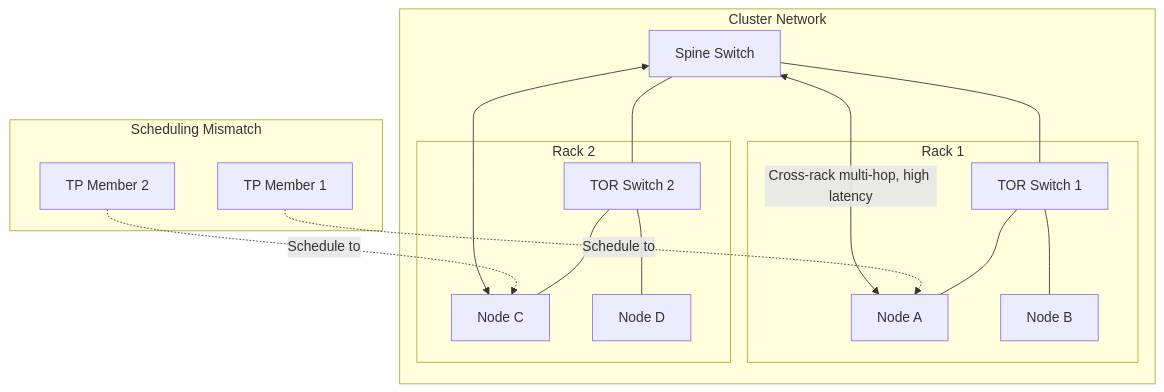
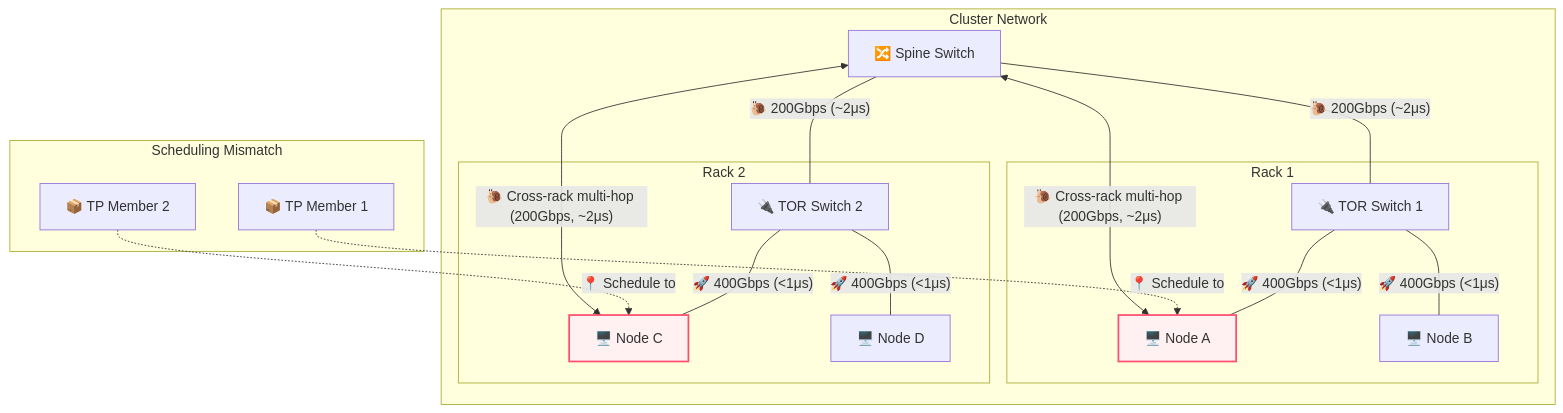
One commit to Random-Liu/llm-inference-principle-to-production changed the fifth of 5 diagrams in parts/part5_k8s.md. Above: the diagram before and after it, drawn with Mermaid. The commit also changed other lines of this file and 1 other file, not shown here.

First line of the commit message:
feat(part5): refine diagrams, network topology, and references in Part 5

````diff
--- a/parts/part5_k8s.md
+++ b/parts/part5_k8s.md
@@ -370,24 +371,27 @@
 ```mermaid
-graph TD
+    graph TD
     subgraph Network ["Cluster Network"]
-        Spine["Spine Switch"]
-        Spine --- TOR1["TOR Switch 1"]
-        Spine --- TOR2["TOR Switch 2"]
+        Spine["🔀 Spine Switch"]
+        Spine ---|"🐌 200Gbps (~2μs)"| TOR1["🔌 TOR Switch 1"]
+        Spine ---|"🐌 200Gbps (~2μs)"| TOR2["🔌 TOR Switch 2"]
         
         subgraph Rack1 ["Rack 1"]
-            TOR1 --- NodeA["Node A"]
-            TOR1 --- NodeB["Node B"]
+            TOR1 ---|"🚀 400Gbps (<1μs)"| NodeA["🖥️ Node A"]
+            TOR1 ---|"🚀 400Gbps (<1μs)"| NodeB["🖥️ Node B"]
         end
         subgraph Rack2 ["Rack 2"]
-            TOR2 --- NodeC["Node C"]
-            TOR2 --- NodeD["Node D"]
+            TOR2 ---|"🚀 400Gbps (<1μs)"| NodeC["🖥️ Node C"]
+            TOR2 ---|"🚀 400Gbps (<1μs)"| NodeD["🖥️ Node D"]
         end
     end
     
     subgraph Mismatch ["Scheduling Mismatch"]
-        PodA["TP Member 1"] -.->|Schedule to| NodeA
-        PodB["TP Member 2"] -.->|Schedule to| NodeC
-        NodeA <-->|Cross-rack multi-hop, high latency| Spine
-        Spine <--> NodeC
+        PodA["📦 TP Member 1"] -.->|"📍 Schedule to"| NodeA
+        PodB["📦 TP Member 2"] -.->|"📍 Schedule to"| NodeC
+        NodeA <-->|"🐌 Cross-rack multi-hop (200Gbps, ~2μs)"| Spine
+        Spine <-->|"🐌 Cross-rack multi-hop (200Gbps, ~2μs)"| NodeC
     end
+
+    style NodeA fill:#fff0f2,stroke:#ff4d6d,stroke-width:2px
+    style NodeC fill:#fff0f2,stroke:#ff4d6d,stroke-width:2px
 ```
````
